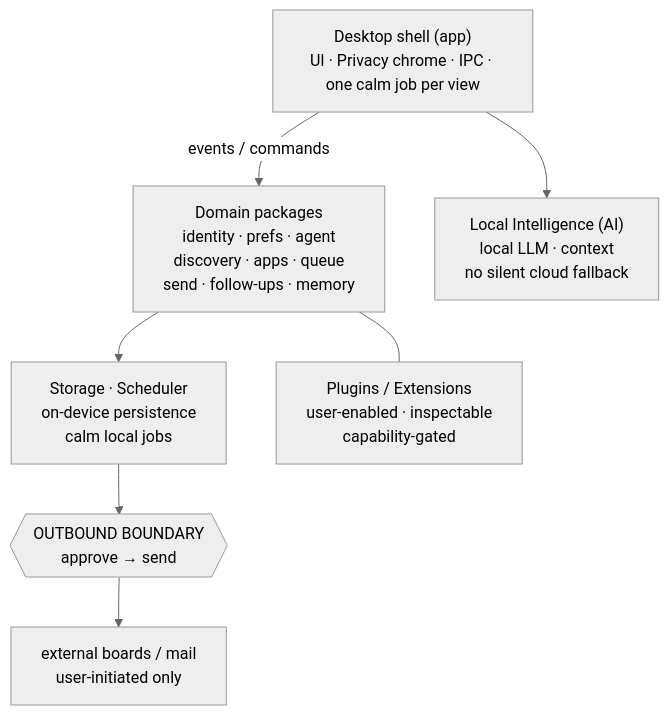
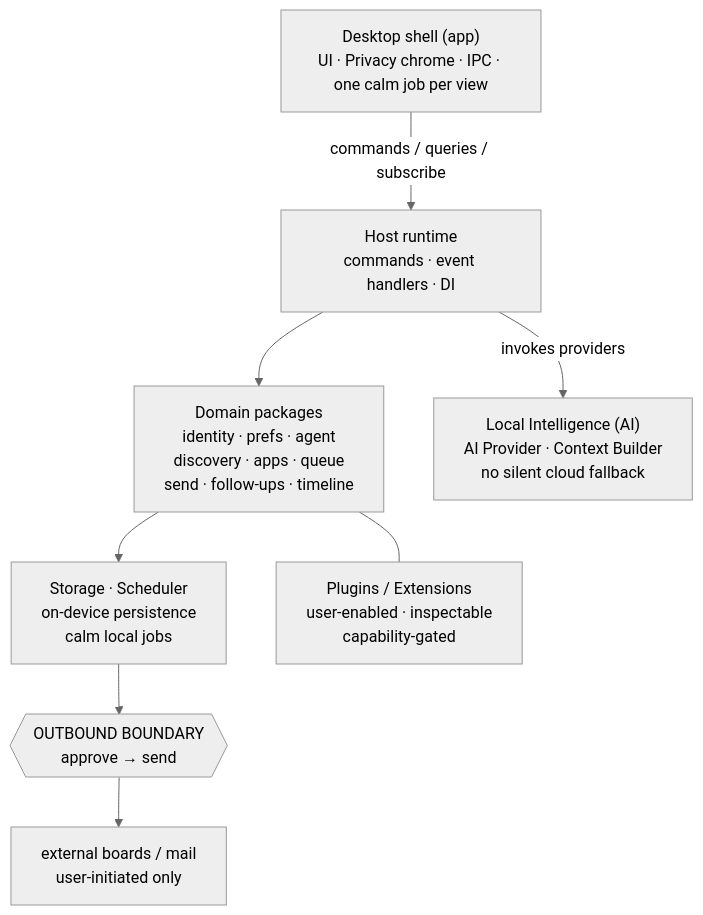
Before and after one commit to ammar-tariq/jobjitsu: the diagram in docs/architecture/OVERVIEW.md, drawn with Mermaid (neutral theme). The commit also changed other lines of this file and 21 other files, not shown here.

First line of the commit message:
docs: raise architecture readiness with control-plane contracts

````diff
--- a/docs/architecture/OVERVIEW.md
+++ b/docs/architecture/OVERVIEW.md
@@ -18,17 +18,19 @@
 ```mermaid
 flowchart TB
   shell["Desktop shell (app)<br/>UI · Privacy chrome · IPC · one calm job per view"]
-  domain["Domain packages<br/>identity · prefs · agent<br/>discovery · apps · queue<br/>send · follow-ups · memory"]
-  ai["Local Intelligence (AI)<br/>local LLM · context<br/>no silent cloud fallback"]
+  host["Host runtime<br/>commands · event handlers · DI"]
+  domain["Domain packages<br/>identity · prefs · agent<br/>discovery · apps · queue<br/>send · follow-ups · timeline"]
+  ai["Local Intelligence (AI)<br/>AI Provider · Context Builder<br/>no silent cloud fallback"]
   storage["Storage · Scheduler<br/>on-device persistence<br/>calm local jobs"]
   plugins["Plugins / Extensions<br/>user-enabled · inspectable<br/>capability-gated"]
   boundary{{"OUTBOUND BOUNDARY<br/>approve → send"}}
   external["external boards / mail<br/>user-initiated only"]
 
-  shell -->|events / commands| domain
-  shell --> ai
+  shell -->|"commands / queries / subscribe"| host
+  host --> domain
+  host -->|"invokes providers"| ai
   domain --> storage
   domain --- plugins
   storage --> boundary
   boundary --> external
 ```
````
